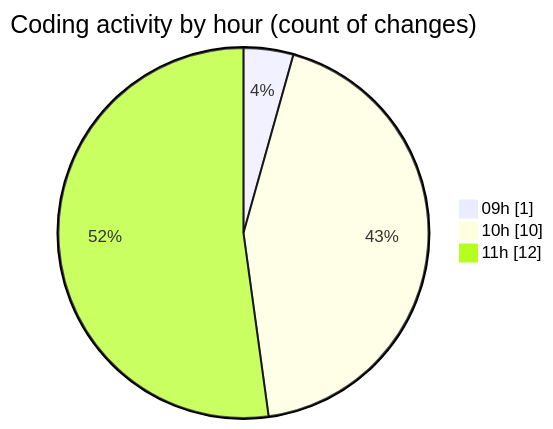
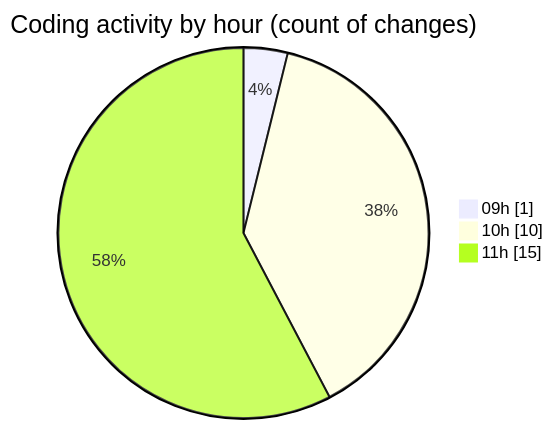
The second of 2 diagrams in 2025-07-09/cda/README.md (momahboobian/code-tracking), drawn with Mermaid before and after one commit. The commit also changed other lines of this file and 1 other file, not shown here.

````diff
--- a/2025-07-09/cda/README.md
+++ b/2025-07-09/cda/README.md
@@ -39,7 +39,7 @@
 ```mermaid
 pie showData
 title Coding activity by hour (count of changes)
 "09h" : 1
 "10h" : 10
-"11h" : 12
+"11h" : 15
 ```
````
